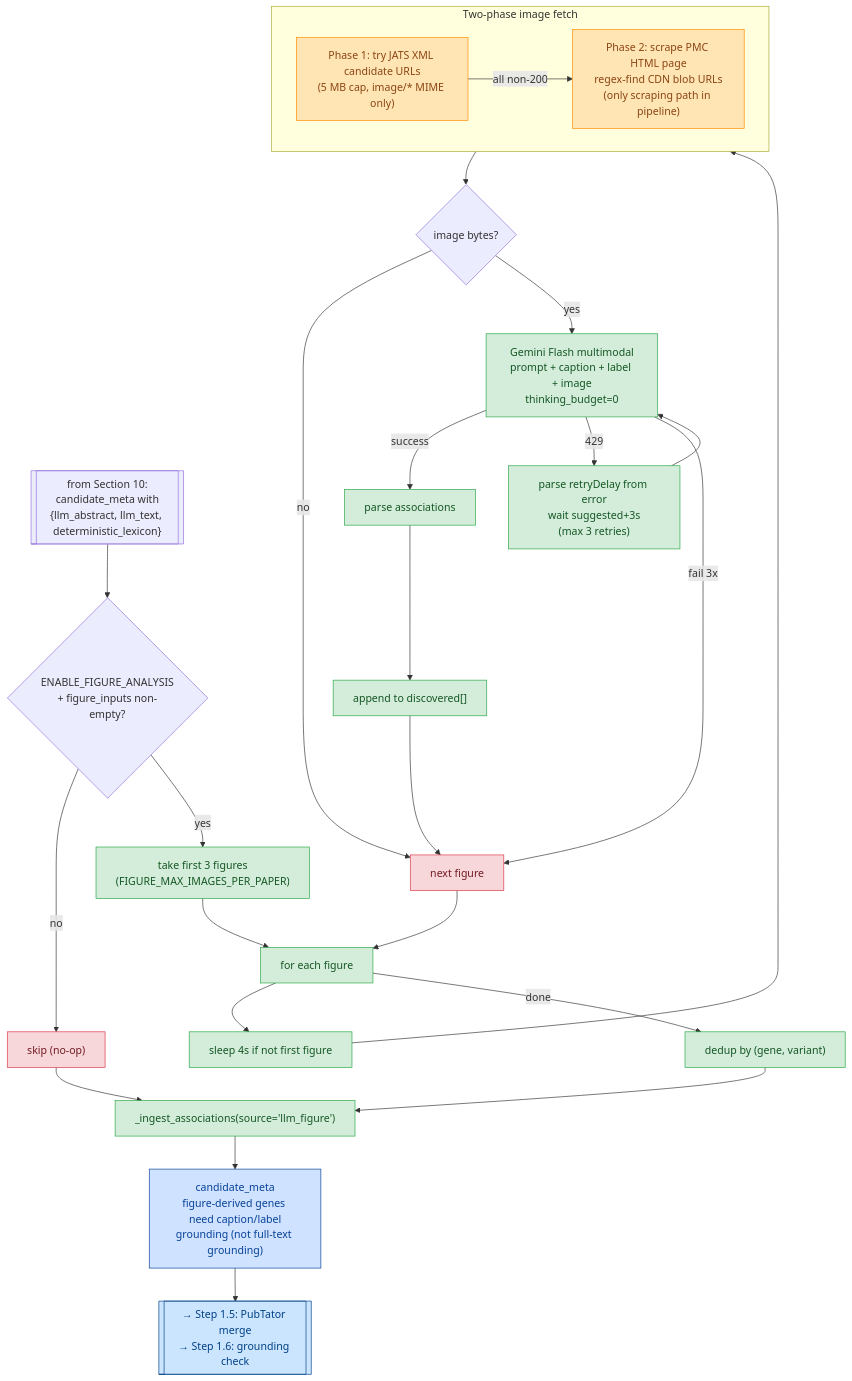
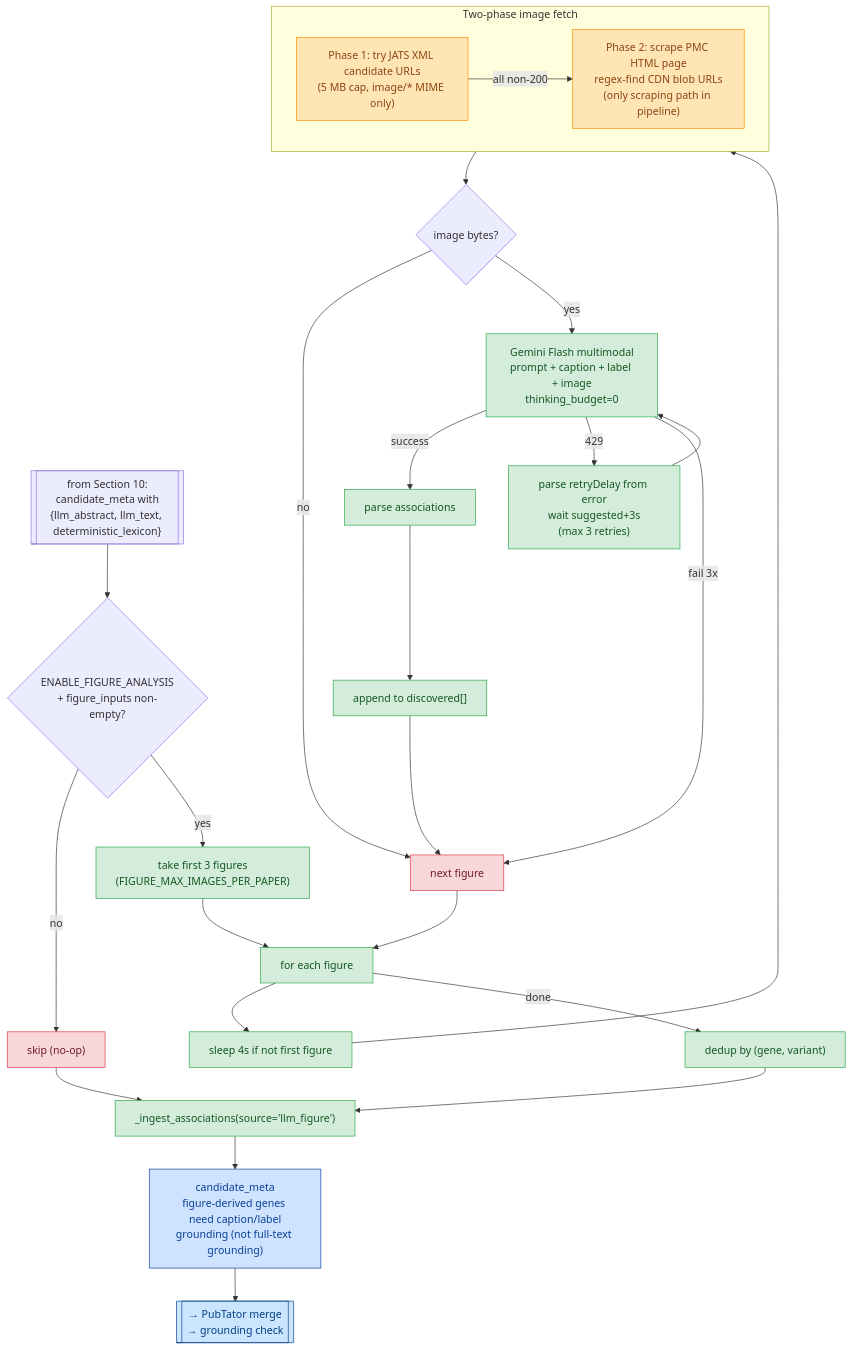
Before and after one commit to michaluppal/Researchshop-Disease2Gene: the seventh of 11 diagrams in docs/pipeline/understanding.md, drawn with Mermaid. The commit also changed other lines of this file and 30 other files, not shown here.

````diff
--- a/docs/pipeline/understanding.md
+++ b/docs/pipeline/understanding.md
@@ -2012,51 +2012,51 @@
 ```mermaid
 flowchart TD
     Prev[["from Section 10:<br/>candidate_meta with<br/>{llm_abstract, llm_text, deterministic_lexicon}"]]
 
     Prev --> Guard{"ENABLE_FIGURE_ANALYSIS<br/>+ figure_inputs non-empty?"}
     Guard -->|no| Skip["skip (no-op)"]
     Guard -->|yes| Cap["take first 3 figures<br/>(FIGURE_MAX_IMAGES_PER_PAPER)"]
 
     Cap --> Loop["for each figure"]
     Loop --> Delay["sleep 4s if not first figure"]
     Delay --> Download
 
     subgraph Download ["Two-phase image fetch"]
         Phase1["Phase 1: try JATS XML candidate URLs<br/>(5 MB cap, image/* MIME only)"]
         Phase2["Phase 2: scrape PMC HTML page<br/>regex-find CDN blob URLs<br/>(only scraping path in pipeline)"]
         Phase1 -->|all non-200| Phase2
     end
 
     Download --> Got{"image bytes?"}
     Got -->|no| Next["next figure"]
     Got -->|yes| Call["Gemini Flash multimodal<br/>prompt + caption + label + image<br/>thinking_budget=0"]
 
     Call -->|success| Parse["parse associations"]
     Call -->|429| ParseDelay["parse retryDelay from error<br/>wait suggested+3s<br/>(max 3 retries)"]
     ParseDelay --> Call
     Call -->|fail 3x| Next
 
     Parse --> Collect["append to discovered[]"]
     Collect --> Next
     Next --> Loop
 
     Loop -->|done| Dedup["dedup by (gene, variant)"]
     Dedup --> Ingest["_ingest_associations(source='llm_figure')"]
     Skip --> Ingest
 
     Ingest --> Accumulator["candidate_meta<br/>figure-derived genes need caption/label<br/>grounding (not full-text grounding)"]
 
-    Accumulator --> NextStep[["→ Step 1.5: PubTator merge<br/>→ Step 1.6: grounding check"]]
+    Accumulator --> NextStep[["→ PubTator merge<br/>→ grounding check"]]
 
     classDef process fill:#d4edda,stroke:#28a745,color:#155724
     classDef scrape fill:#ffe5b4,stroke:#ff8c00,color:#8b4513
     classDef skip fill:#f8d7da,stroke:#dc3545,color:#721c24
     classDef accum fill:#cfe2ff,stroke:#084298,color:#084298
     classDef handoff fill:#cce5ff,stroke:#004085,color:#004085
 
     class Cap,Loop,Delay,Call,Parse,Collect,Dedup,Ingest,ParseDelay process
     class Phase1,Phase2 scrape
     class Skip,Next skip
     class Accumulator accum
     class NextStep handoff
 ```
````
